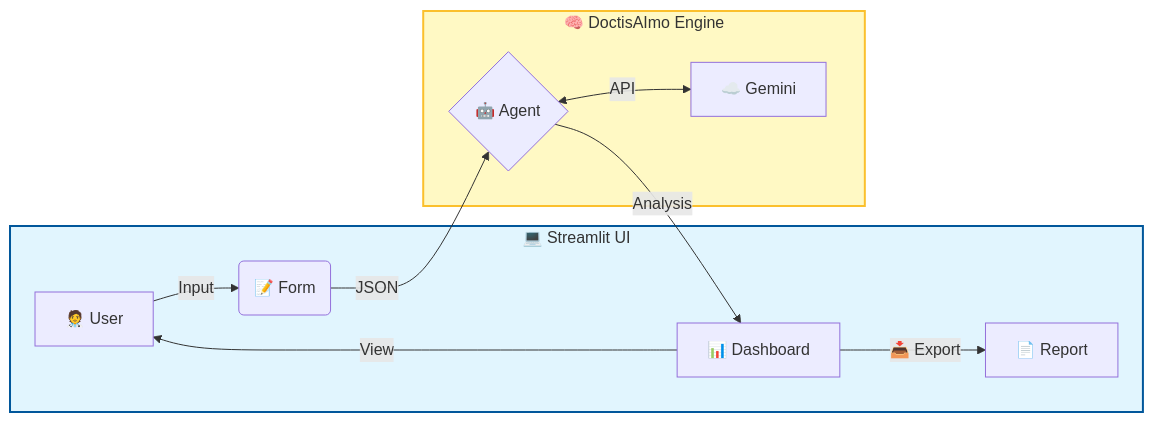
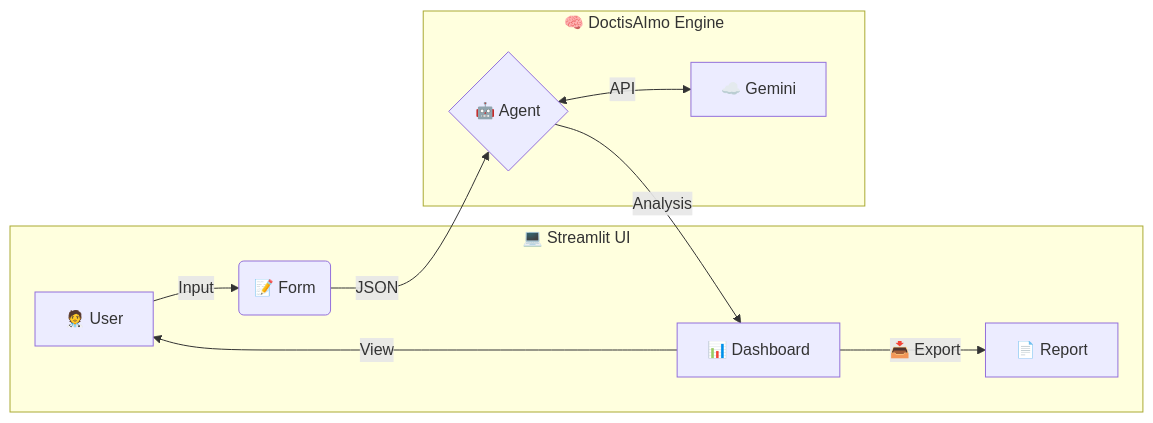
The second of 2 diagrams in README.md (Adam-Blf/Projet-IA-Generative-Doctis-AI-mo), drawn with Mermaid before and after one commit. The commit also changed other lines of this file, not shown here.

Commit message:
Fix: Remove diagram styles for better dark mode compatibility

````diff
--- a/README.md
+++ b/README.md
@@ -136,17 +133,14 @@
 ```mermaid
 graph LR
     subgraph Client [💻 Streamlit UI]
         A[🧑‍⚕️ User] -->|Input| B(📝 Form);
         E[📊 Dashboard] -->|View| A;
         E -->|📥 Export| F[📄 Report];
     end
     
     subgraph Core [🧠 DoctisAImo Engine]
         B -->|JSON| C{🤖 Agent};
         C <-->|API| D[☁️ Gemini];
         C -->|Analysis| E;
     end
-    
-    style Client fill:#e1f5fe,stroke:#01579b,stroke-width:2px
-    style Core fill:#fff9c4,stroke:#fbc02d,stroke-width:2px
 ```
````
